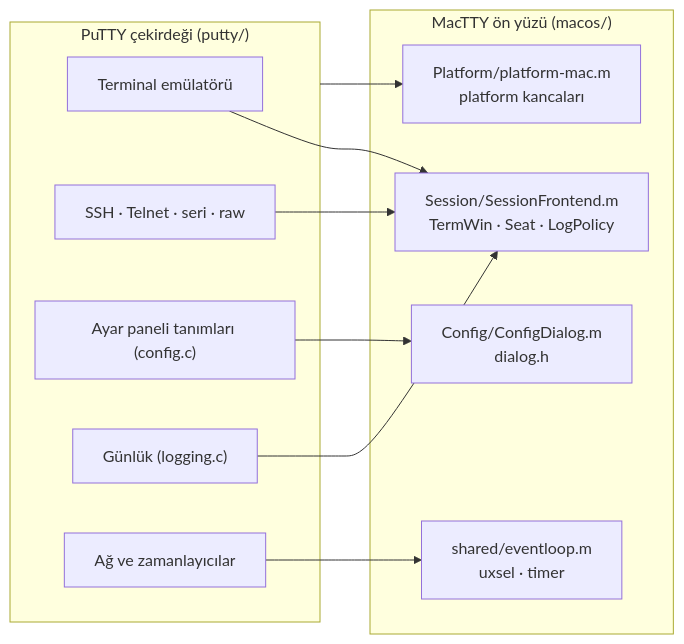
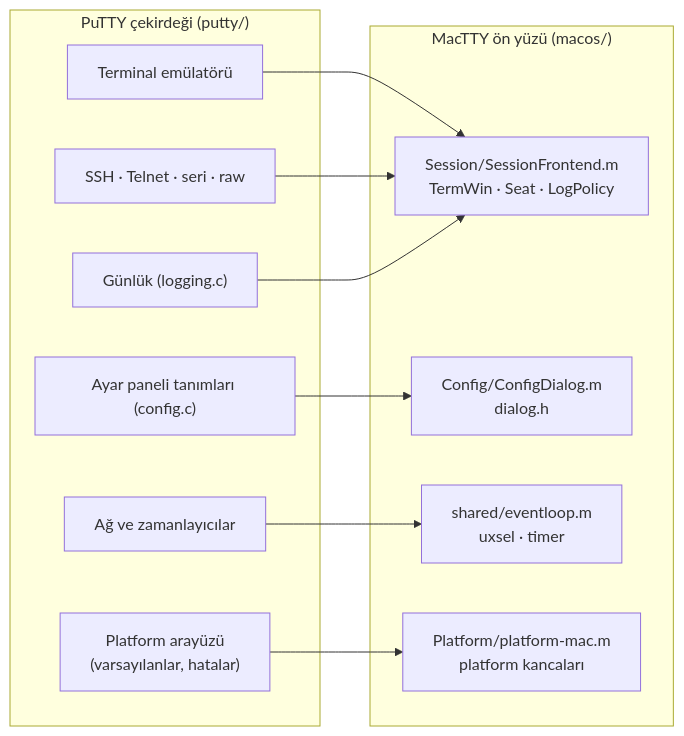
Before and after one commit to tallat1/MacTTY: the first of 3 diagrams in docs/ARCHITECTURE.md, drawn with Mermaid.

Commit message:
ARCHITECTURE.md: platform hooks from their own box in the first diagram

````diff
--- a/docs/ARCHITECTURE.md
+++ b/docs/ARCHITECTURE.md
@@ -17,22 +17,23 @@
 ```mermaid
 flowchart LR
     subgraph core["PuTTY çekirdeği (putty/)"]
         term["Terminal emülatörü"]
         backend["SSH · Telnet · seri · raw"]
         config["Ayar paneli tanımları (config.c)"]
         log["Günlük (logging.c)"]
         net["Ağ ve zamanlayıcılar"]
+        plat["Platform arayüzü<br/>(varsayılanlar, hatalar)"]
     end
     subgraph front["MacTTY ön yüzü (macos/)"]
         sf["Session/SessionFrontend.m<br/>TermWin · Seat · LogPolicy"]
         cd["Config/ConfigDialog.m<br/>dialog.h"]
         el["shared/eventloop.m<br/>uxsel · timer"]
         pm["Platform/platform-mac.m<br/>platform kancaları"]
     end
     term --> sf
     backend --> sf
     log --> sf
     config --> cd
     net --> el
-    core --> pm
+    plat --> pm
 ```
````
